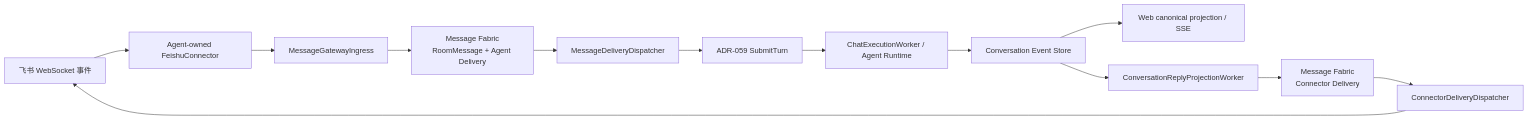
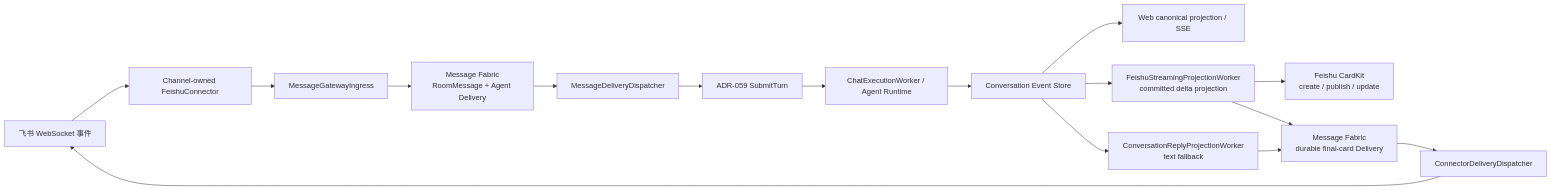
Before and after one commit to PuddingAgent/PuddingAgent: the diagram in Docs/07架构/63ADR-063飞书Agent绑定与可靠消息网关ADR.md, drawn with Mermaid. The commit also changed other lines of this file and 92 other files, not shown here.

First line of the commit message:
v0.7.0: MCP集成 + 飞书图片通道 + 消息基础设施

````diff
--- a/Docs/07架构/63ADR-063飞书Agent绑定与可靠消息网关ADR.md
+++ b/Docs/07架构/63ADR-063飞书Agent绑定与可靠消息网关ADR.md
@@ -110,15 +129,18 @@
 ```mermaid
 flowchart LR
-    F["飞书 WebSocket 事件"] --> C["Agent-owned FeishuConnector"]
+    F["飞书 WebSocket 事件"] --> C["Channel-owned FeishuConnector"]
     C --> G["MessageGatewayIngress"]
     G --> M["Message Fabric<br/>RoomMessage + Agent Delivery"]
     M --> D["MessageDeliveryDispatcher"]
     D --> A["ADR-059 SubmitTurn"]
     A --> W["ChatExecutionWorker / Agent Runtime"]
     W --> E["Conversation Event Store"]
     E --> WEB["Web canonical projection / SSE"]
-    E --> R["ConversationReplyProjectionWorker"]
-    R --> O["Message Fabric<br/>Connector Delivery"]
+    E --> S["FeishuStreamingProjectionWorker<br/>committed delta projection"]
+    S --> CK["Feishu CardKit<br/>create / publish / update"]
+    E --> R["ConversationReplyProjectionWorker<br/>text fallback"]
+    S --> O["Message Fabric<br/>durable final-card Delivery"]
+    R --> O
     O --> CD["ConnectorDeliveryDispatcher"]
     CD --> F
 ```
````
